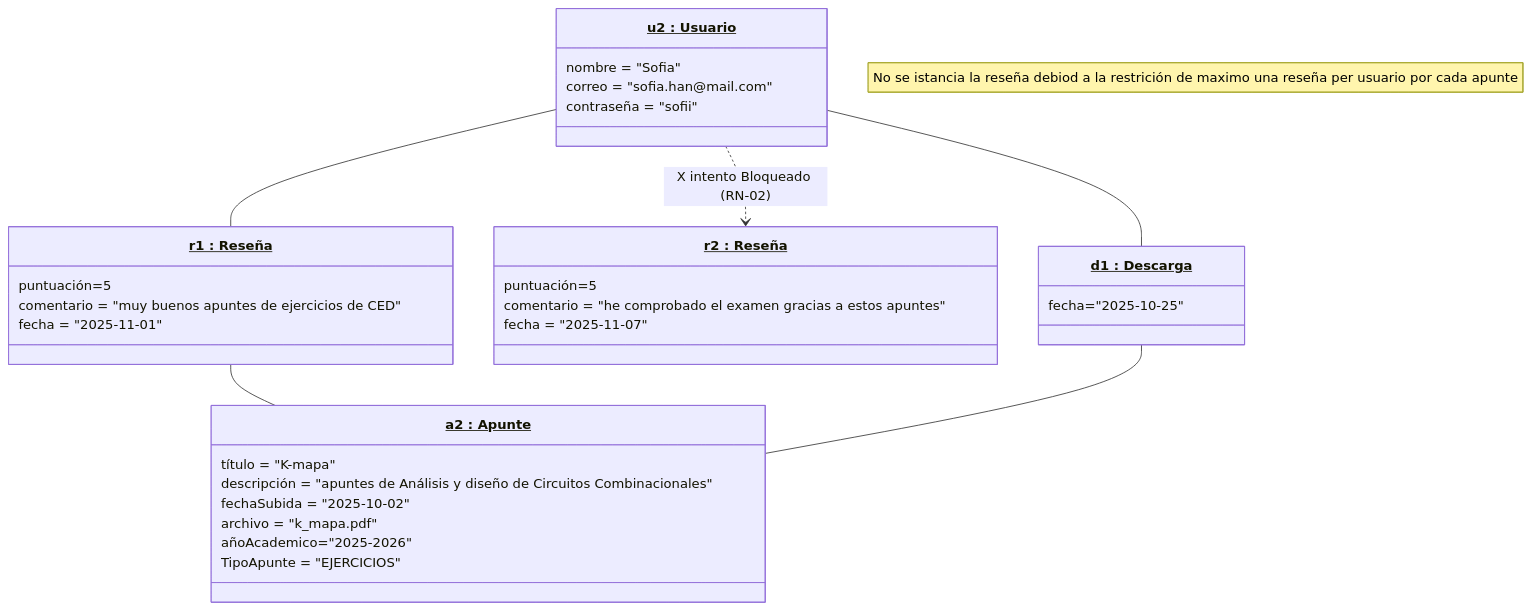
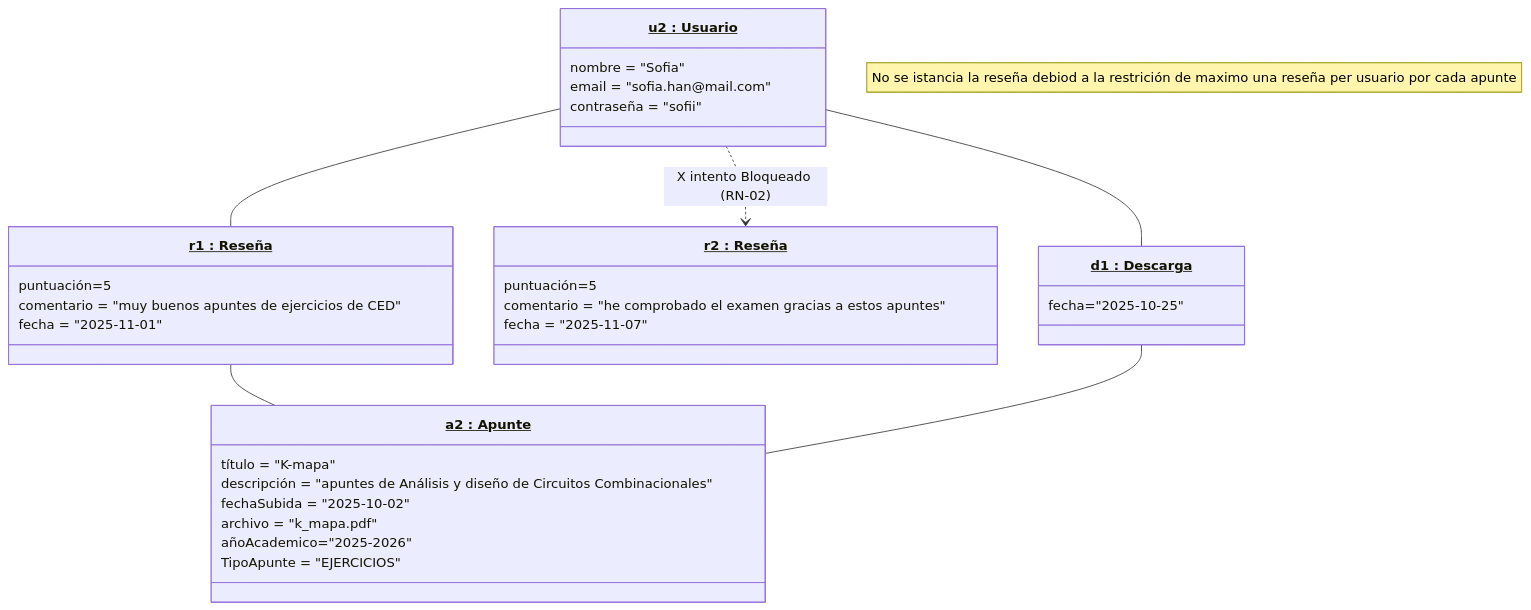
One commit to JaavierBC/proyecto-curso-iissi1-2026-GWQ0807 changed the second of 2 diagrams in README.md. Above: the diagram before and after it, drawn with Mermaid. The commit also changed other lines of this file, not shown here.

Commit message:
Fix email field in user and review descriptions

````diff
--- a/README.md
+++ b/README.md
@@ -389,39 +389,39 @@
 ```mermaid
 classDiagram
     class u2["<u>u2 : Usuario</u>"]{
         nombre = "Sofia"
-        correo = "sofia.han@mail.com"
+        email = "sofia.han@mail.com"
         contraseña = "sofii"
     }
     class r1["<u>r1 : Reseña</u>"]{
         puntuación=5
         comentario = "muy buenos apuntes de ejercicios de CED"
         fecha = "2025-11-01"
     }
     class r2["<u>r2 : Reseña</u>"]{
         puntuación=5
         comentario = "he comprobado el examen gracias a estos apuntes"
         fecha = "2025-11-07"
     }
     class d1["<u>d1 : Descarga</u>"]{
         fecha="2025-10-25"
     }
     class a2["<u>a2 : Apunte</u>"]{
         título = "K-mapa"
         descripción = "apuntes de Análisis y diseño de Circuitos Combinacionales"
         fechaSubida = "2025-10-02"
         archivo = "k_mapa.pdf"
         añoAcademico="2025-2026"
         TipoApunte = "EJERCICIOS" 
     }
     u2 -- r1
     u2 -- d1
     u2 ..> r2 : X intento Bloqueado (RN-02)
     r1 -- a2
     d1 -- a2
 
 
     note "No se istancia la reseña debiod a la restrición de maximo una reseña per usuario por cada apunte"
 
 
 ```
````
